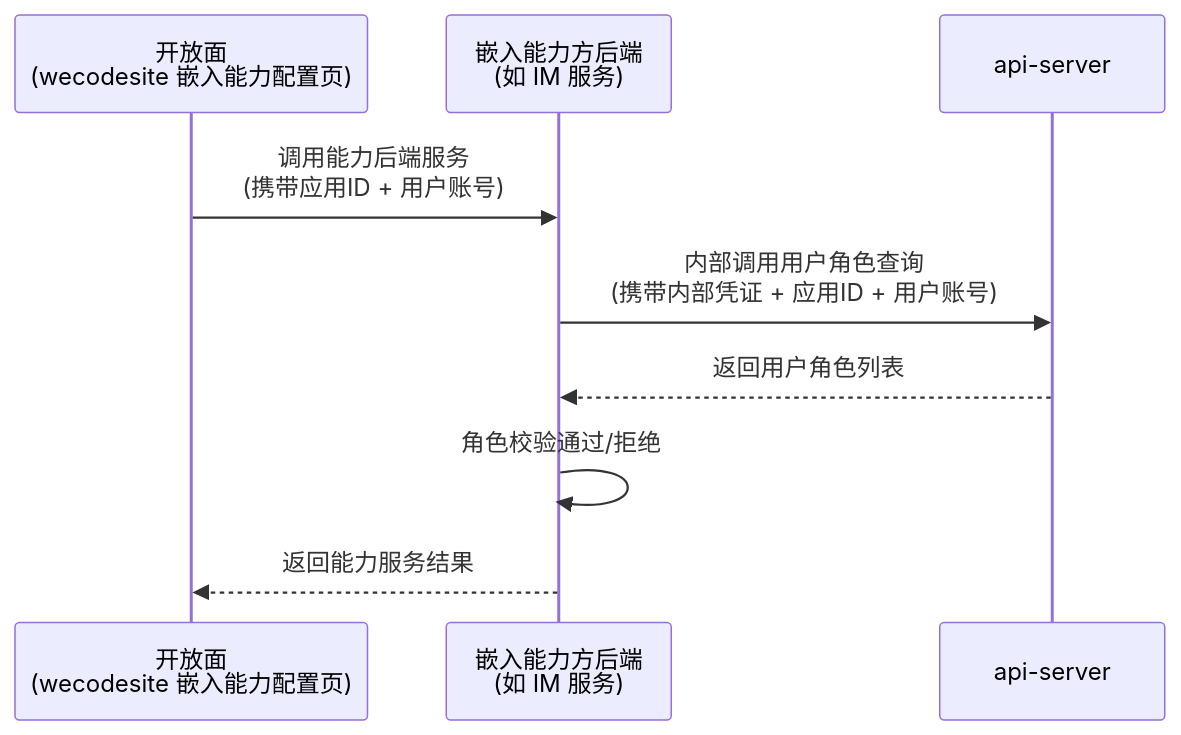
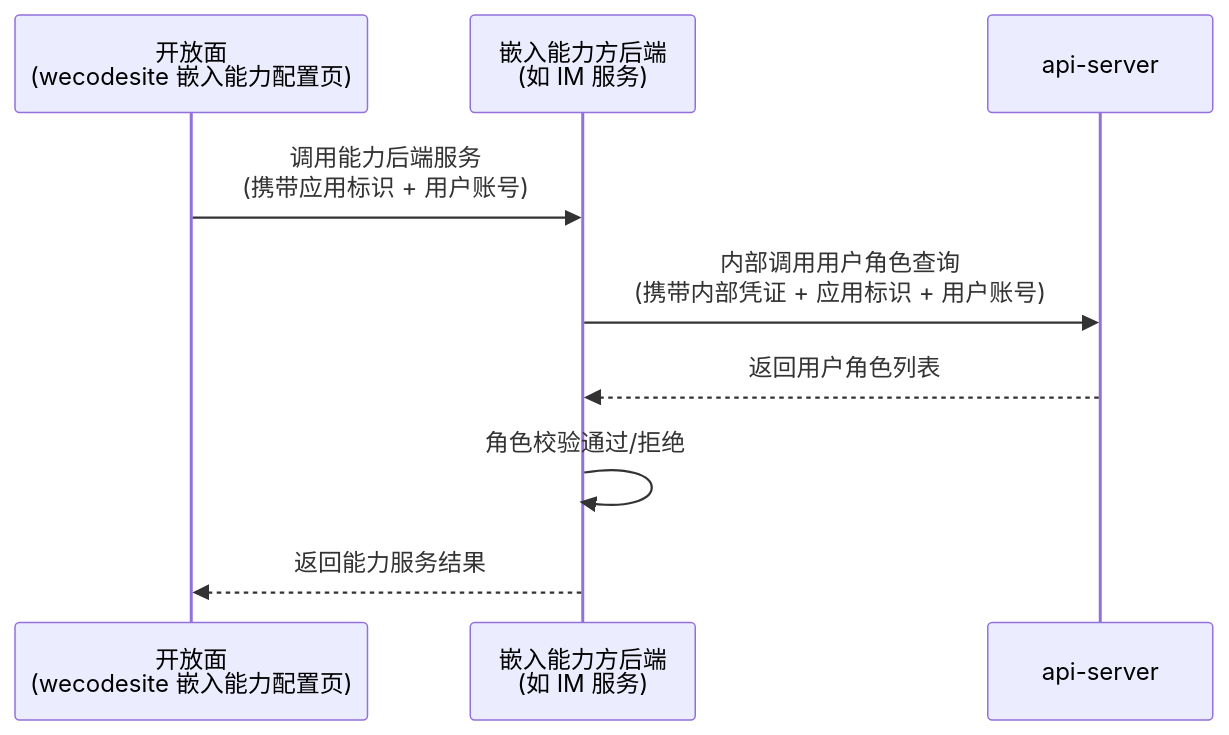
One commit to THZSummer/open-app changed the diagram in .sddu/specs-tree-root/specs-tree-ability-embedding/specs-tree-embedding-api/spec.md. Above: the diagram before and after it, drawn with Mermaid. The commit also changed other lines of this file and 1 other file, not shown here.

````diff
--- a/.sddu/specs-tree-root/specs-tree-ability-embedding/specs-tree-embedding-api/spec.md
+++ b/.sddu/specs-tree-root/specs-tree-ability-embedding/specs-tree-embedding-api/spec.md
@@ -47,12 +47,12 @@
 ```mermaid
 sequenceDiagram
     participant OpenFace as 开放面<br/>(wecodesite 嵌入能力配置页)
     participant EmbedBackend as 嵌入能力方后端<br/>(如 IM 服务)
     participant APIServer as api-server
 
-    OpenFace->>EmbedBackend: 调用能力后端服务<br/>(携带应用ID + 用户账号)
-    EmbedBackend->>APIServer: 内部调用用户角色查询<br/>(携带内部凭证 + 应用ID + 用户账号)
+    OpenFace->>EmbedBackend: 调用能力后端服务<br/>(携带应用标识 + 用户账号)
+    EmbedBackend->>APIServer: 内部调用用户角色查询<br/>(携带内部凭证 + 应用标识 + 用户账号)
     APIServer-->>EmbedBackend: 返回用户角色列表
     EmbedBackend->>EmbedBackend: 角色校验通过/拒绝
     EmbedBackend-->>OpenFace: 返回能力服务结果
 ```
````
